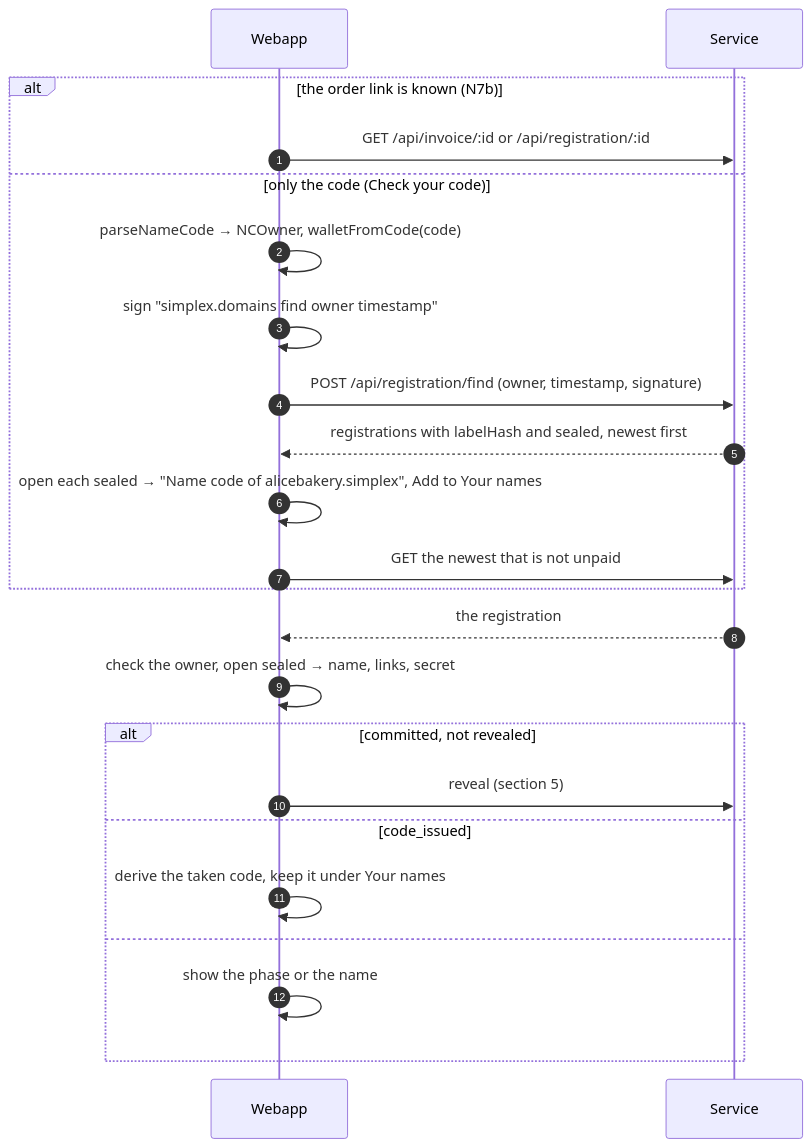
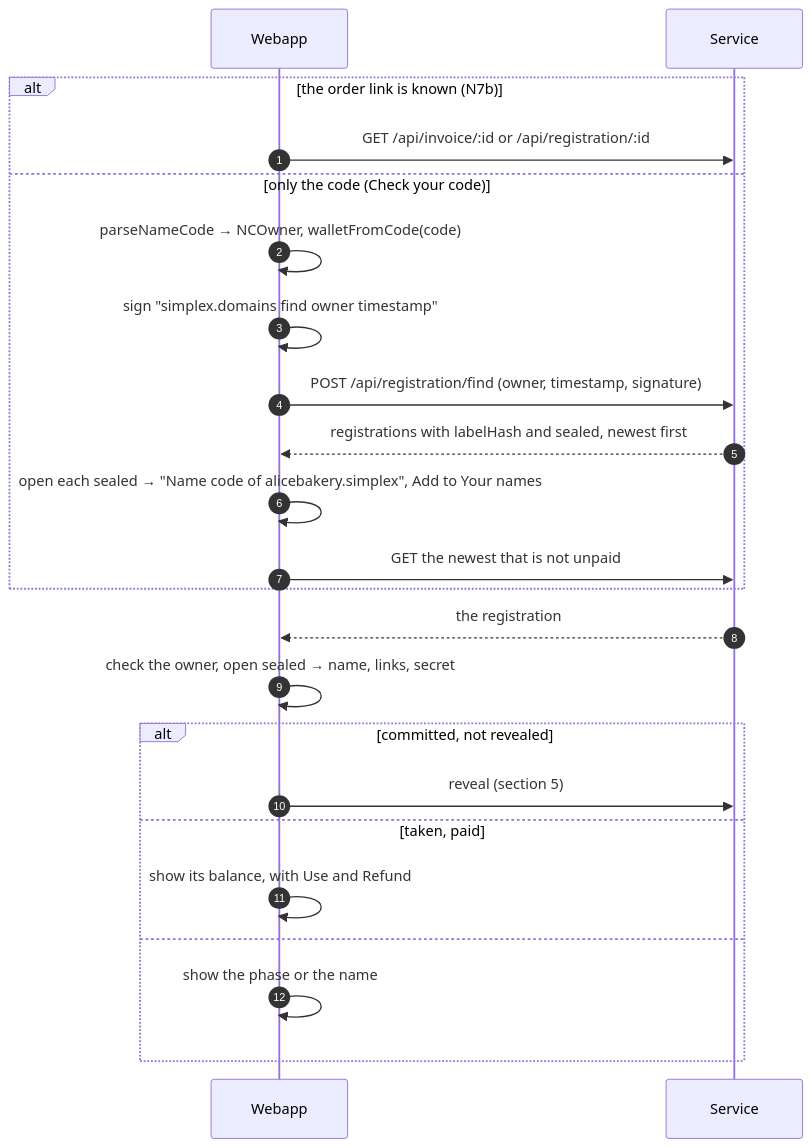
Before and after one commit to simplex-chat/simplex-chat: diagram 16 of 20 in plans/names-codes/2026-10-13-names-sequence.md, drawn with Mermaid. The commit also changed other lines of this file, not shown here.

Commit message:
plans: names sequence spends a taken balance

````diff
--- a/plans/names-codes/2026-10-13-names-sequence.md
+++ b/plans/names-codes/2026-10-13-names-sequence.md
@@ -591,25 +597,25 @@
 ```mermaid
 sequenceDiagram
   autonumber
   participant W as Webapp
   participant S as Service
   alt the order link is known (N7b)
     W->>S: GET /api/invoice/:id or /api/registration/:id
   else only the code (Check your code)
     W->>W: parseNameCode → NCOwner, walletFromCode(code)
     W->>W: sign "simplex.domains find owner timestamp"
     W->>S: POST /api/registration/find (owner, timestamp, signature)
     S-->>W: registrations with labelHash and sealed, newest first
     W->>W: open each sealed → "Name code of alicebakery.simplex", Add to Your names
     W->>S: GET the newest that is not unpaid
   end
   S-->>W: the registration
   W->>W: check the owner, open sealed → name, links, secret
   alt committed, not revealed
     W->>S: reveal (section 5)
-  else code_issued
-    W->>W: derive the taken code, keep it under Your names
+  else taken, paid
+    W->>W: show its balance, with Use and Refund
   else
     W->>W: show the phase or the name
   end
 ```
````
